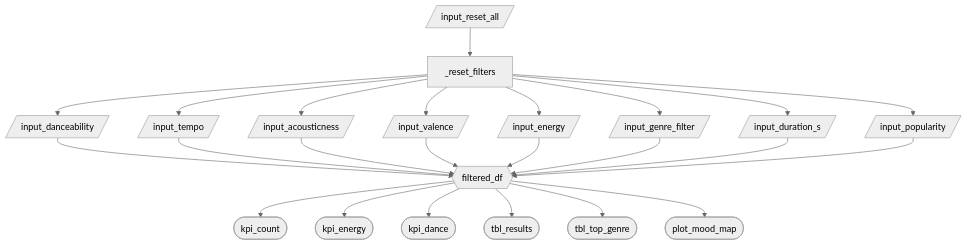
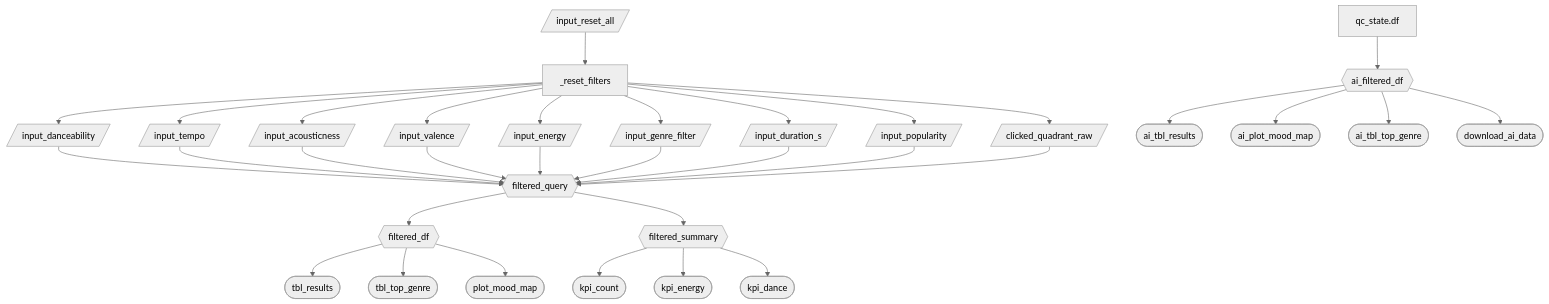
Before and after one commit to UBC-MDS/DSCI-532_2026_37_Spotifind: the diagram in reports/m2_spec.md, drawn with Mermaid (neutral theme). The commit also changed other lines of this file, not shown here.

````diff
--- a/reports/m2_spec.md
+++ b/reports/m2_spec.md
@@ -38,26 +45,35 @@
 ```mermaid
 flowchart TD
-  A[/input_danceability/] --> F{{filtered_df}}
-  B[/input_tempo/] --> F
-  C[/input_acousticness/] --> F
-  D[/input_valence/] --> F
-  E[/input_energy/] --> F
-  G[/input_genre_filter/] --> F
-  H[/input_duration_s/] --> F
-  I[/input_popularity/] --> F
+  A[/input_danceability/] --> Q{{filtered_query}}
+  B[/input_tempo/] --> Q
+  C[/input_acousticness/] --> Q
+  D[/input_valence/] --> Q
+  E[/input_energy/] --> Q
+  G[/input_genre_filter/] --> Q
+  H[/input_duration_s/] --> Q
+  I[/input_popularity/] --> Q
+  CQ[/clicked_quadrant_raw/] --> Q
   J[/input_reset_all/] --> R[_reset_filters]
   R --> A
   R --> B
   R --> C
   R --> D
   R --> E
   R --> G
   R --> H
   R --> I
-  F --> K1([kpi_count])
-  F --> K2([kpi_energy])
-  F --> K3([kpi_dance])
+  R --> CQ
+  Q --> F{{filtered_df}}
+  Q --> S{{filtered_summary}}
+  S --> K1([kpi_count])
+  S --> K2([kpi_energy])
+  S --> K3([kpi_dance])
   F --> P1([tbl_results])
   F --> P2([tbl_top_genre])
   F --> P3([plot_mood_map])
+  QC[qc_state.df] --> AI{{ai_filtered_df}}
+  AI --> AT([ai_tbl_results])
+  AI --> AM([ai_plot_mood_map])
+  AI --> AG([ai_tbl_top_genre])
+  AI --> DL([download_ai_data])
 ```
````
